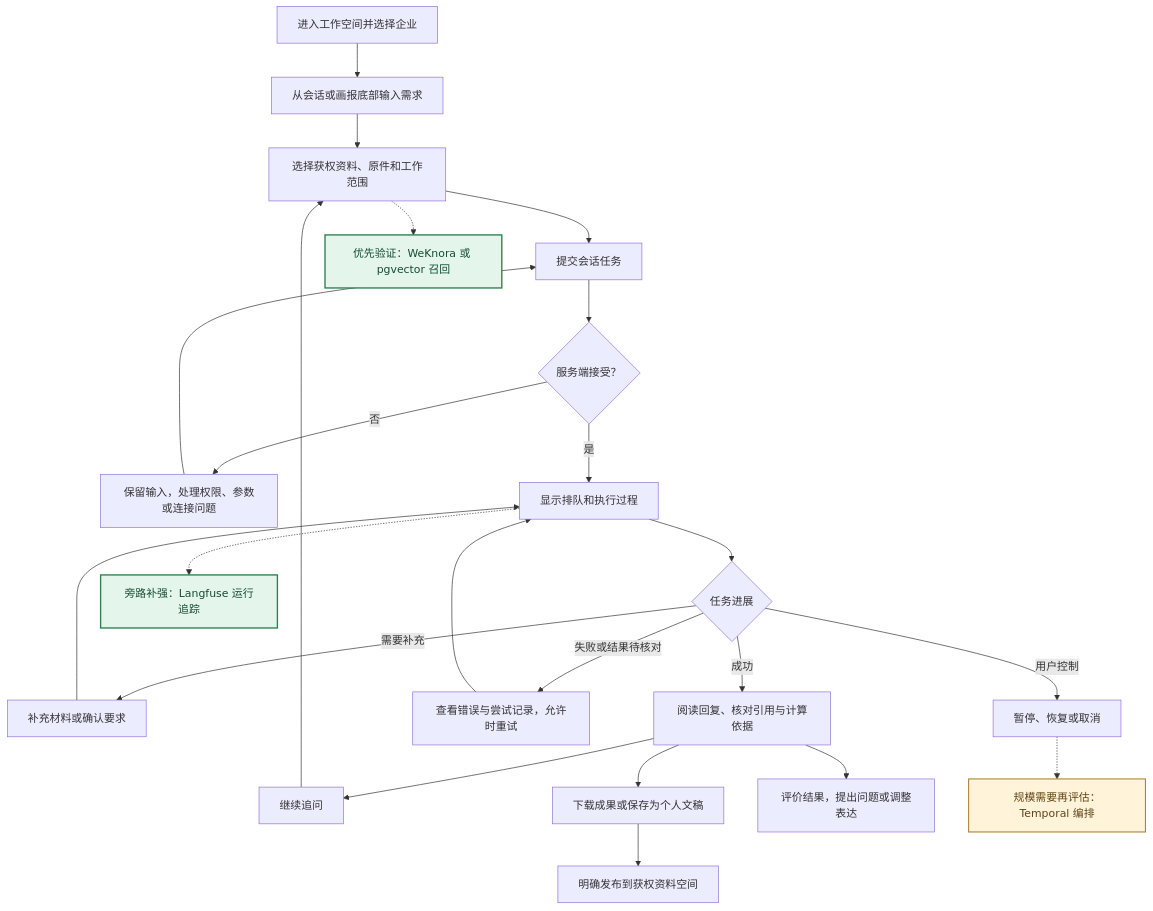
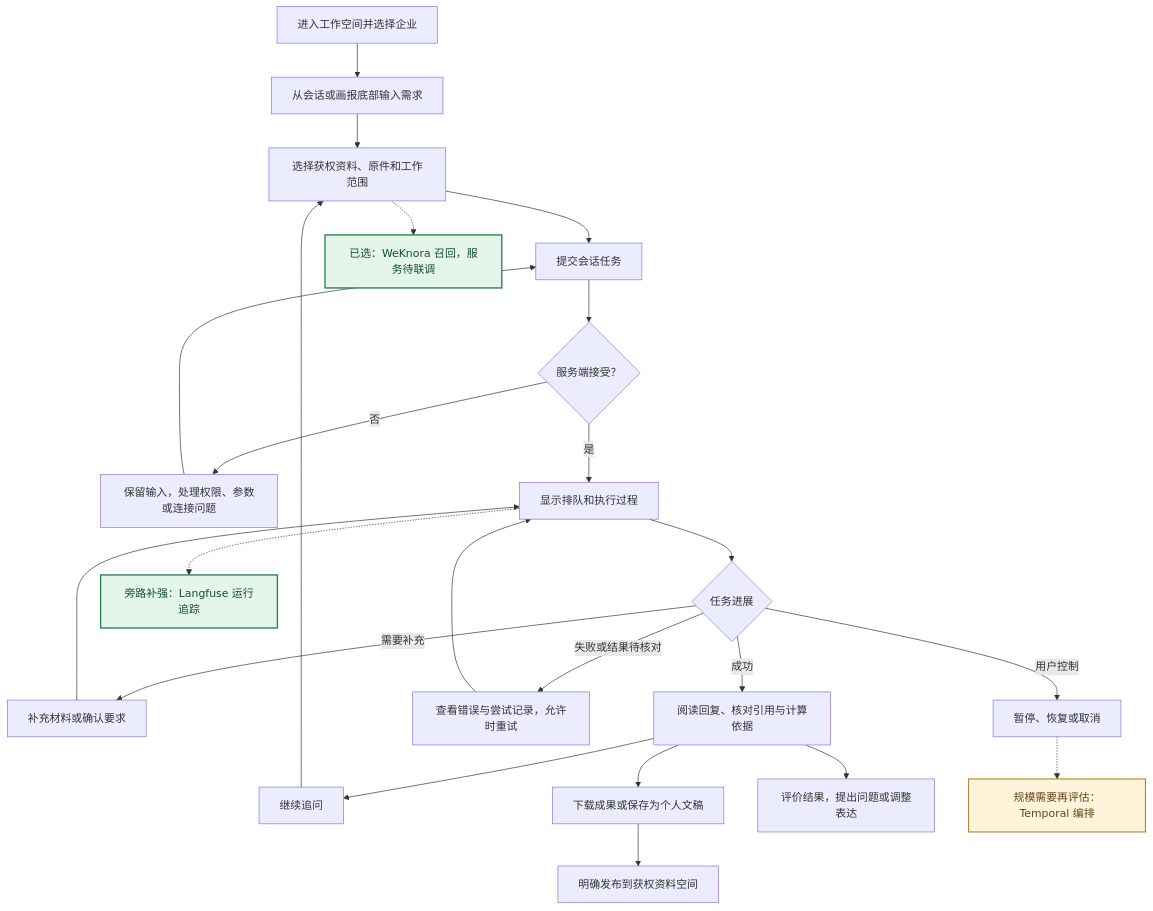
One commit to luofanghao9784/mengine-app changed the sixth of 8 diagrams in docs/项目流程图/01-功能流程.md. Above: the diagram before and after it, drawn with Mermaid. The commit also changed other lines of this file and 72 other files, not shown here.

````diff
--- a/docs/项目流程图/01-功能流程.md
+++ b/docs/项目流程图/01-功能流程.md
@@ -210,29 +210,29 @@
 ```mermaid
 flowchart TD
   n_enter["进入工作空间并选择企业"] --> n_compose["从会话或画报底部输入需求"]
   n_compose --> n_source["选择获权资料、原件和工作范围"]
   n_source --> n_send["提交会话任务"]
   n_send --> n_accepted{"服务端接受？"}
   n_accepted -->|"否"| n_correct["保留输入，处理权限、参数或连接问题"]
   n_correct --> n_send
   n_accepted -->|"是"| n_queue["显示排队和执行过程"]
   n_queue --> n_status{"任务进展"}
   n_status -->|"需要补充"| n_input["补充材料或确认要求"]
   n_input --> n_queue
   n_status -->|"用户控制"| n_pause["暂停、恢复或取消"]
   n_status -->|"失败或结果待核对"| n_failure["查看错误与尝试记录，允许时重试"]
   n_failure --> n_queue
   n_status -->|"成功"| n_reply["阅读回复、核对引用与计算依据"]
   n_reply --> n_next["继续追问"]
   n_next --> n_source
   n_reply --> n_artifact["下载成果或保存为个人文稿"]
   n_artifact --> n_publish["明确发布到获权资料空间"]
   n_reply --> n_feedback["评价结果，提出问题或调整表达"]
-  n_source -.-> ossSearch["优先验证：WeKnora 或 pgvector 召回"]:::ossPriority
+  n_source -.-> ossSearch["已选：WeKnora 召回，服务待联调"]:::ossPriority
   n_queue -.-> ossTrace["旁路补强：Langfuse 运行追踪"]:::ossPriority
   n_pause -.-> ossWorkflow["规模需要再评估：Temporal 编排"]:::ossConditional
   classDef ossPriority fill:#e4f6eb,stroke:#2e8052,color:#154b30,stroke-width:2px
   classDef ossConditional fill:#fff3d9,stroke:#ac7b27,color:#604417,stroke-width:1.5px
   classDef ossExisting fill:#f0eaff,stroke:#8063ad,color:#4a3672,stroke-width:2px
 
 ```
````
